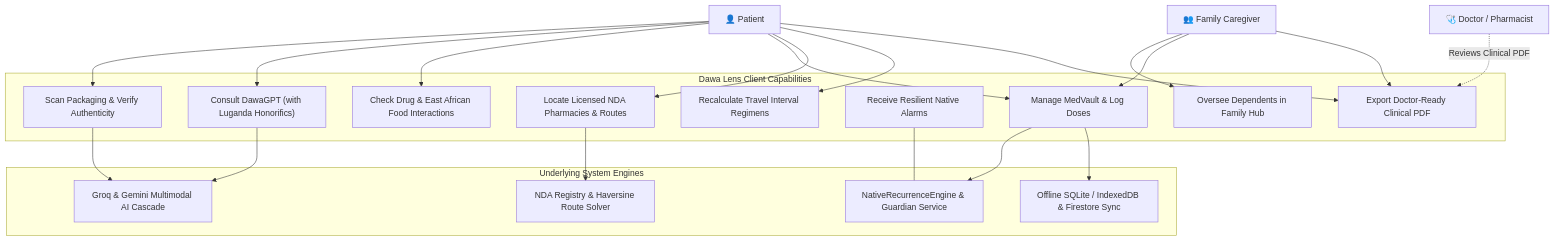
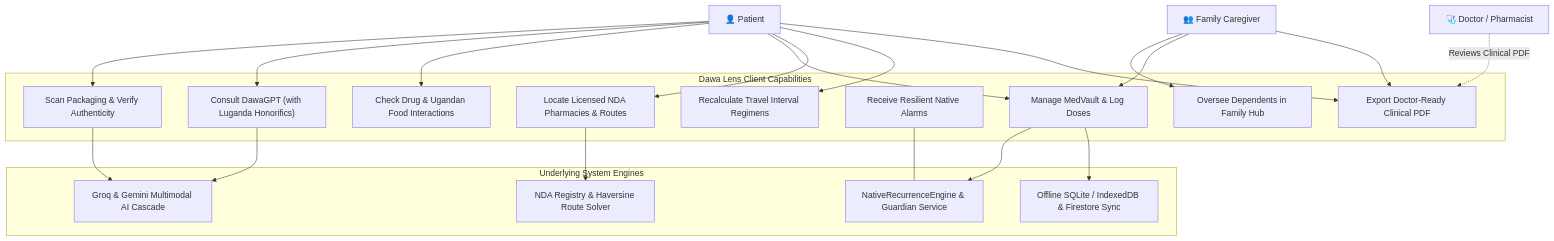
One commit to EmmahOwens/dawa-lens changed the first of 5 diagrams in project_proposal.md. Above: the diagram before and after it, drawn with Mermaid. The commit also changed other lines of this file and 24 other files, not shown here.

````diff
--- a/project_proposal.md
+++ b/project_proposal.md
@@ -350,51 +350,51 @@
 ```mermaid
 flowchart TD
     %% Primary Actors
     Patient["👤 Patient"]
     Caregiver["👥 Family Caregiver"]
     Clinician["🩺 Doctor / Pharmacist"]
 
     %% Core Actions & Workflows
     subgraph AppWorkflows ["Dawa Lens Client Capabilities"]
         ScanAct["Scan Packaging & Verify Authenticity"]
         ChatAct["Consult DawaGPT (with Luganda Honorifics)"]
-        GuardAct["Check Drug & East African Food Interactions"]
+        GuardAct["Check Drug & Ugandan Food Interactions"]
         DoseAct["Manage MedVault & Log Doses"]
         PharmAct["Locate Licensed NDA Pharmacies & Routes"]
         AlarmAct["Receive Resilient Native Alarms"]
         FamilyAct["Oversee Dependents in Family Hub"]
         TravelAct["Recalculate Travel Interval Regimens"]
         ReportAct["Export Doctor-Ready Clinical PDF"]
     end
 
     %% Native & Cloud Engines
     subgraph ExecutionEngines ["Underlying System Engines"]
         EngRecurrence["NativeRecurrenceEngine & Guardian Service"]
         EngNDA["NDA Registry & Haversine Route Solver"]
         EngAI["Groq & Gemini Multimodal AI Cascade"]
         EngSync["Offline SQLite / IndexedDB & Firestore Sync"]
     end
 
     %% Actor Connections
     Patient --> ScanAct
     Patient --> ChatAct
     Patient --> GuardAct
     Patient --> DoseAct
     Patient --> PharmAct
     Patient --> TravelAct
     Patient --> ReportAct
 
     Caregiver --> FamilyAct
     Caregiver --> DoseAct
     Caregiver --> ReportAct
 
     Clinician -.->|Reviews Clinical PDF| ReportAct
 
     %% Subsystem Bindings
     ScanAct --> EngAI
     ChatAct --> EngAI
     AlarmAct --- EngRecurrence
     DoseAct --> EngRecurrence
     PharmAct --> EngNDA
     DoseAct --> EngSync
 ```
````
